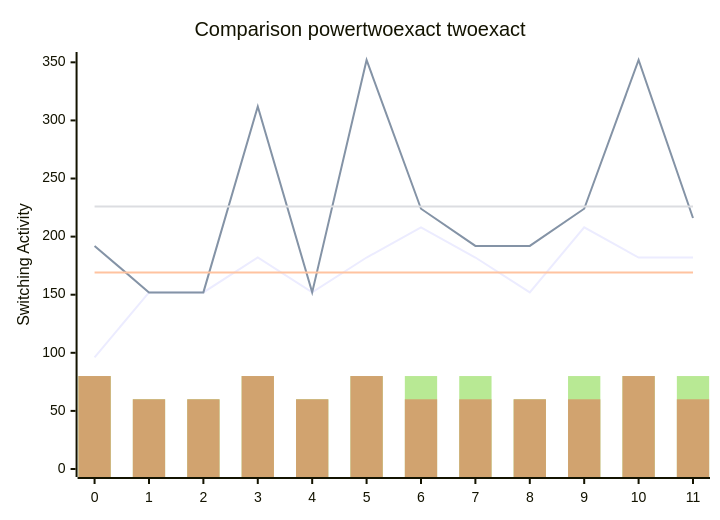
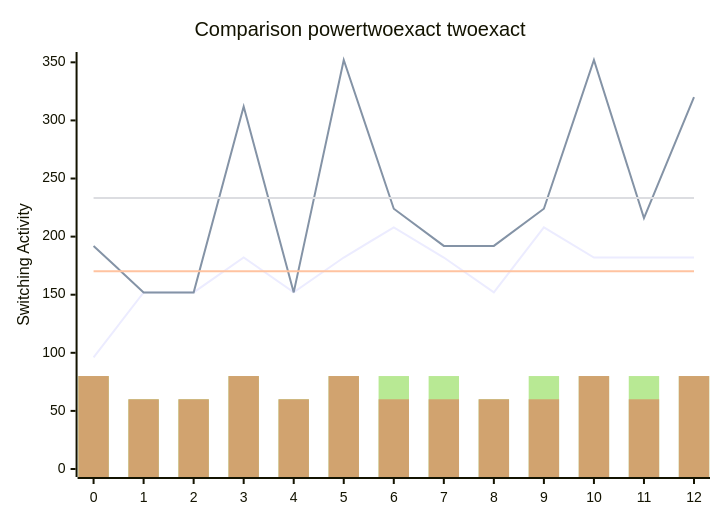
Before and after one commit to FeldmeierMichael/Exact-Power-Synthesis: the diagram in benchmark.md, drawn with Mermaid. The commit also changed other lines of this file and 2 other files, not shown here.

````diff
--- a/benchmark.md
+++ b/benchmark.md
@@ -25,12 +27,12 @@
 ```mermaid
 xychart-beta
     title "Comparison powertwoexact twoexact"
-    x-axis [0, 1, 2, 3, 4, 5, 6, 7, 8, 9, 10, 11]
+    x-axis [0, 1, 2, 3, 4, 5, 6, 7, 8, 9, 10, 11, 12]
     y-axis "Switching Activity" 0-->352
-    line [96, 152, 152, 182, 152, 182, 208, 182, 152, 208, 182, 182]
-    line [192, 152, 152, 312, 152, 352, 224, 192, 192, 224, 352, 216]
-    line [169.16666666666666, 169.16666666666666, 169.16666666666666, 169.16666666666666, 169.16666666666666, 169.16666666666666, 169.16666666666666, 169.16666666666666, 169.16666666666666, 169.16666666666666, 169.16666666666666, 169.16666666666666]
-    line [226.0, 226.0, 226.0, 226.0, 226.0, 226.0, 226.0, 226.0, 226.0, 226.0, 226.0, 226.0]
-    bar [80, 60, 60, 80, 60, 80, 80, 80, 60, 80, 80, 80]
-    bar [80, 60, 60, 80, 60, 80, 60, 60, 60, 60, 80, 60]
+    line [96, 152, 152, 182, 152, 182, 208, 182, 152, 208, 182, 182, 182]
+    line [192, 152, 152, 312, 152, 352, 224, 192, 192, 224, 352, 216, 320]
+    line [170.15384615384616, 170.15384615384616, 170.15384615384616, 170.15384615384616, 170.15384615384616, 170.15384615384616, 170.15384615384616, 170.15384615384616, 170.15384615384616, 170.15384615384616, 170.15384615384616, 170.15384615384616, 170.15384615384616]
+    line [233.23076923076923, 233.23076923076923, 233.23076923076923, 233.23076923076923, 233.23076923076923, 233.23076923076923, 233.23076923076923, 233.23076923076923, 233.23076923076923, 233.23076923076923, 233.23076923076923, 233.23076923076923, 233.23076923076923]
+    bar [80, 60, 60, 80, 60, 80, 80, 80, 60, 80, 80, 80, 80]
+    bar [80, 60, 60, 80, 60, 80, 60, 60, 60, 60, 80, 60, 80]
 ```
````
